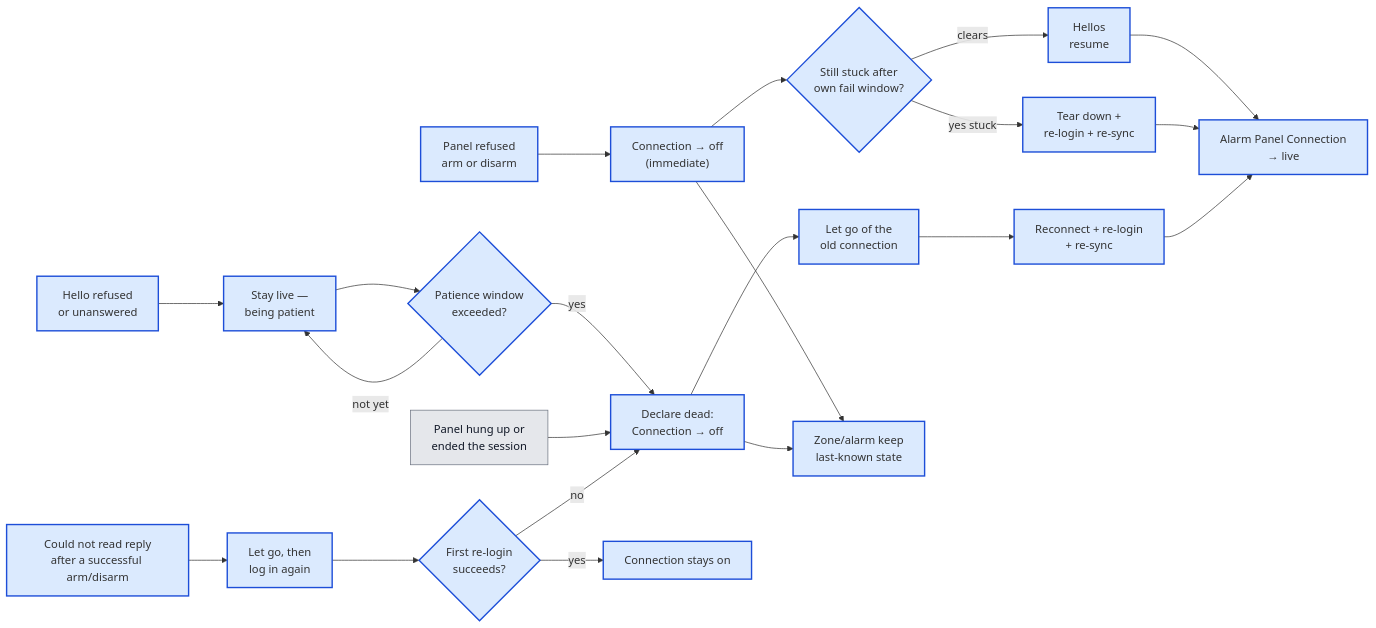
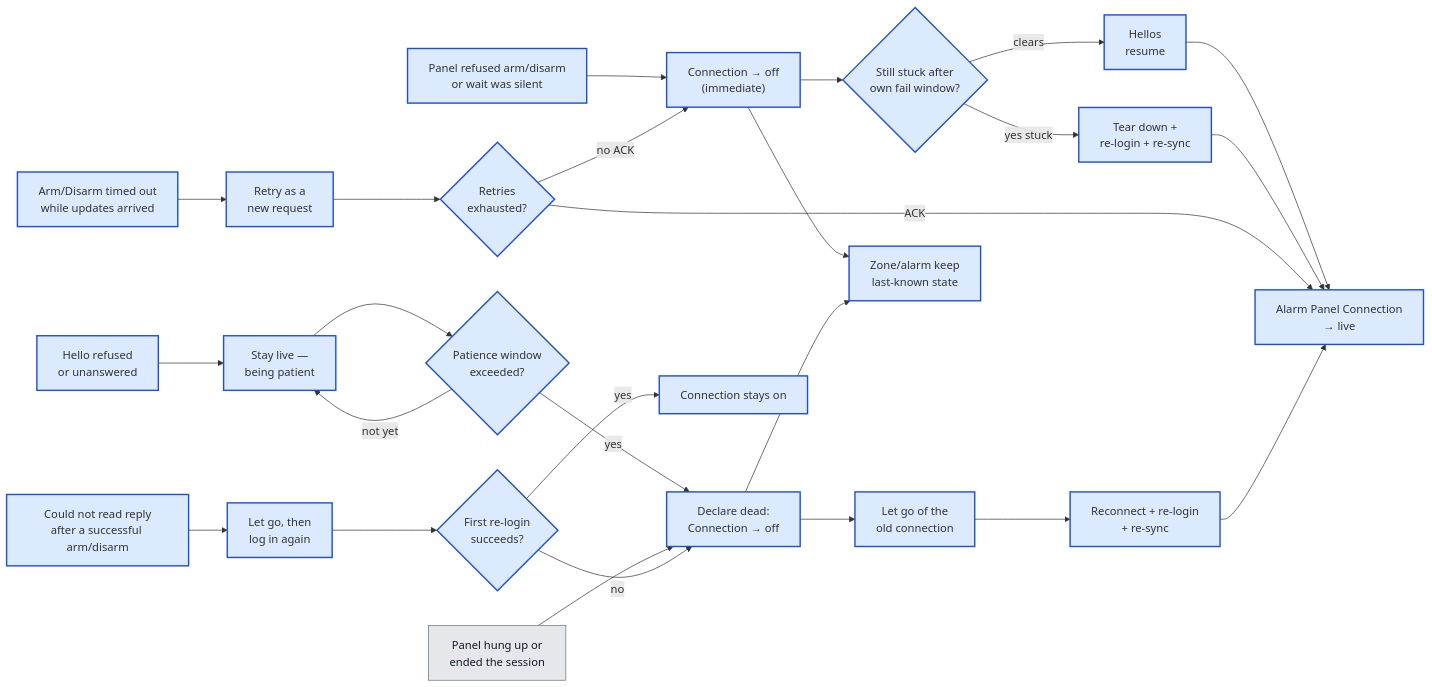
Before and after one commit to michaelmarconi/texecom_alarm: the fifth of 6 diagrams in docs/architecture.md, drawn with Mermaid. The commit also changed other lines of this file and 4 other files, not shown here.

Commit message:
Record ADR-022 busy command waits and ADR-023 ordinary Disarm without Reset so agents and architecture match the live session-health rule.

````diff
--- a/docs/architecture.md
+++ b/docs/architecture.md
@@ -191,43 +194,51 @@
 ```mermaid
 flowchart LR
-    Reject["Panel refused<br/>arm or disarm"]:::owned
+    Reject["Panel refused arm/disarm<br/>or wait was silent"]:::owned
     Off1["Connection → off<br/>(immediate)"]:::owned
     Soft{"Still stuck after<br/>own fail window?"}:::owned
     CheckInOk["Hellos<br/>resume"]:::owned
     Relogin["Tear down +<br/>re-login + re-sync"]:::owned
+
+    BusyWait["Arm/Disarm timed out<br/>while updates arrived"]:::owned
+    RetryNew["Retry as a<br/>new request"]:::owned
+    BusyEx{"Retries<br/>exhausted?"}:::owned
 
     CheckInFail["Hello refused<br/>or unanswered"]:::owned
     Patient["Stay live —<br/>being patient"]:::owned
     Window{"Patience window<br/>exceeded?"}:::owned
     DeclareDead["Declare dead:<br/>Connection → off"]:::owned
     Release["Let go of the<br/>old connection"]:::owned
     Reconnect["Reconnect + re-login<br/>+ re-sync"]:::owned
 
     Drop["Panel hung up or<br/>ended the session"]:::external
     Collision["Could not read reply<br/>after a successful arm/disarm"]:::owned
     CollRelease["Let go, then<br/>log in again"]:::owned
     Attempt{"First re-login<br/>succeeds?"}:::owned
     StayOn["Connection stays on"]:::owned
 
     Live["Alarm Panel Connection<br/>→ live"]:::owned
     Keep["Zone/alarm keep<br/>last-known state"]:::owned
 
     Reject --> Off1 --> Keep
     Off1 --> Soft
     Soft -->|clears| CheckInOk --> Live
     Soft -->|yes stuck| Relogin --> Live
 
+    BusyWait --> RetryNew --> BusyEx
+    BusyEx -->|ACK| Live
+    BusyEx -->|no ACK| Off1
+
     CheckInFail --> Patient --> Window
     Window -->|not yet| Patient
     Window -->|yes| DeclareDead --> Keep
     DeclareDead --> Release --> Reconnect --> Live
 
     Drop --> DeclareDead
 
     Collision --> CollRelease --> Attempt
     Attempt -->|yes| StayOn
     Attempt -->|no| DeclareDead
 
     classDef owned fill:#dbeafe,stroke:#1d4ed8,stroke-width:2px
     classDef external fill:#e5e7eb,stroke:#6b7280,color:#111827
 ```
````
